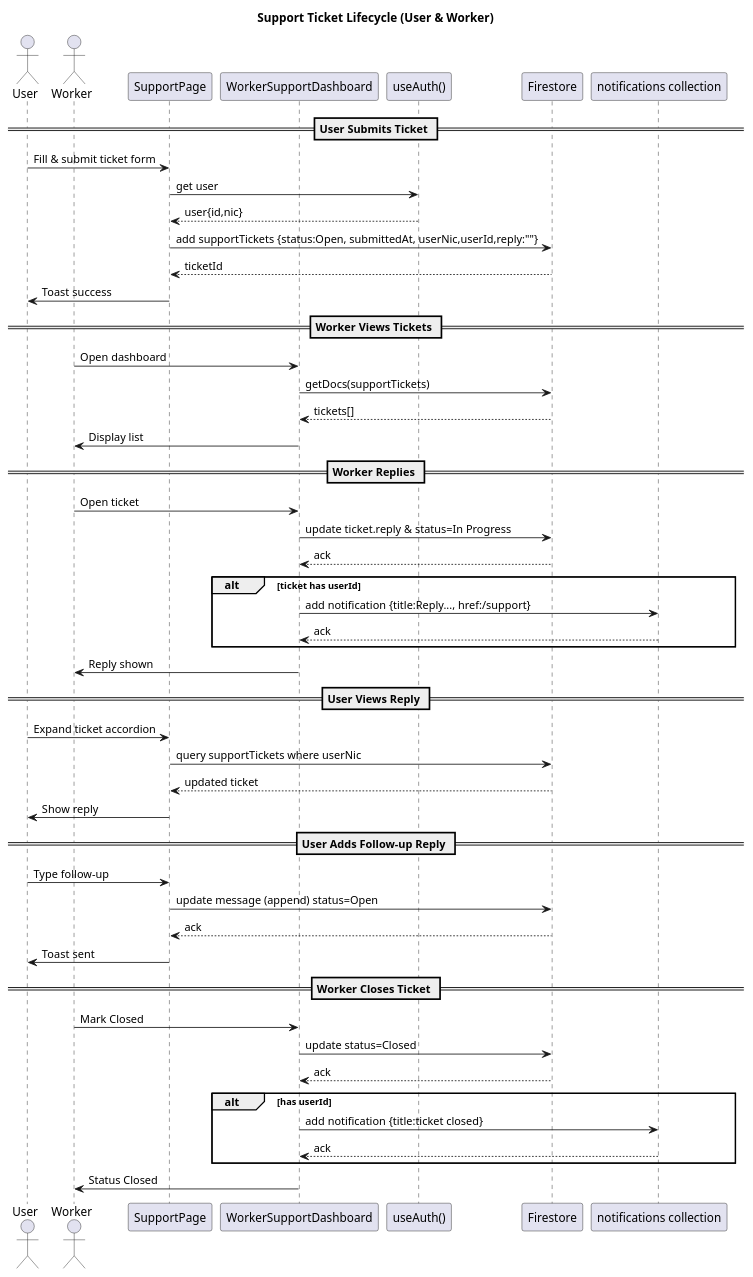
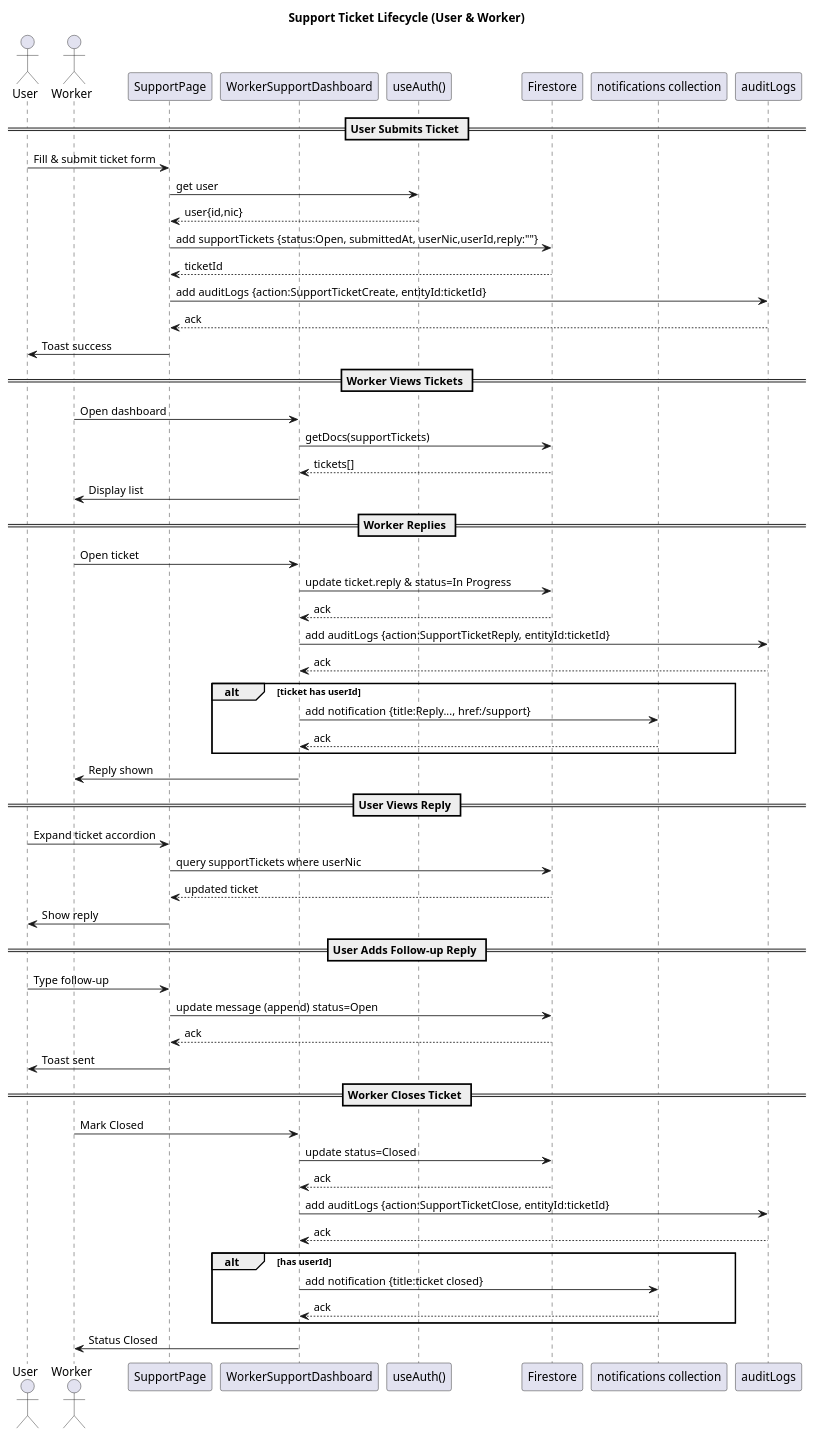
Before and after one commit to AdithyaSean/govconnect-sl: the diagram in docs/sequence-diagrams/support-ticket-flow.puml, drawn with PlantUML. The commit also changed 34 other files, not shown here.

```diff
--- a/docs/sequence-diagrams/support-ticket-flow.puml
+++ b/docs/sequence-diagrams/support-ticket-flow.puml
@@ -1,59 +1,66 @@
 @startuml support_ticket_flow
 title Support Ticket Lifecycle (User & Worker)
 ' =====================================================================
 ' Based on support/page.tsx and worker/support/dashboard/page.tsx
 ' =====================================================================
 actor User
 actor Worker
 participant UserUI as "SupportPage"
 participant WorkerUI as "WorkerSupportDashboard"
 participant Auth as "useAuth()"
 participant FS as "Firestore"
 participant Notify as "notifications collection"
+participant AUD as "auditLogs"
 
 == User Submits Ticket ==
 User -> UserUI: Fill & submit ticket form
 UserUI -> Auth: get user
 Auth --> UserUI: user{id,nic}
 UserUI -> FS: add supportTickets {status:Open, submittedAt, userNic,userId,reply:""}
 FS --> UserUI: ticketId
+UserUI -> AUD: add auditLogs {action:SupportTicketCreate, entityId:ticketId}
+AUD --> UserUI: ack
 UserUI -> User: Toast success
 
 == Worker Views Tickets ==
 Worker -> WorkerUI: Open dashboard
 WorkerUI -> FS: getDocs(supportTickets)
 FS --> WorkerUI: tickets[]
 WorkerUI -> Worker: Display list
 
 == Worker Replies ==
 Worker -> WorkerUI: Open ticket
 WorkerUI -> FS: update ticket.reply & status=In Progress
 FS --> WorkerUI: ack
+WorkerUI -> AUD: add auditLogs {action:SupportTicketReply, entityId:ticketId}
+AUD --> WorkerUI: ack
 alt ticket has userId
   WorkerUI -> Notify: add notification {title:Reply..., href:/support}
   Notify --> WorkerUI: ack
 end
 WorkerUI -> Worker: Reply shown
 
 == User Views Reply ==
 User -> UserUI: Expand ticket accordion
 UserUI -> FS: query supportTickets where userNic
 FS --> UserUI: updated ticket
 UserUI -> User: Show reply
 
 == User Adds Follow-up Reply ==
 User -> UserUI: Type follow-up
 UserUI -> FS: update message (append) status=Open
 FS --> UserUI: ack
 UserUI -> User: Toast sent
 
 == Worker Closes Ticket ==
 Worker -> WorkerUI: Mark Closed
 WorkerUI -> FS: update status=Closed
 FS --> WorkerUI: ack
+WorkerUI -> AUD: add auditLogs {action:SupportTicketClose, entityId:ticketId}
+AUD --> WorkerUI: ack
 alt has userId
   WorkerUI -> Notify: add notification {title:ticket closed}
   Notify --> WorkerUI: ack
 end
 WorkerUI -> Worker: Status Closed
 @enduml
```
